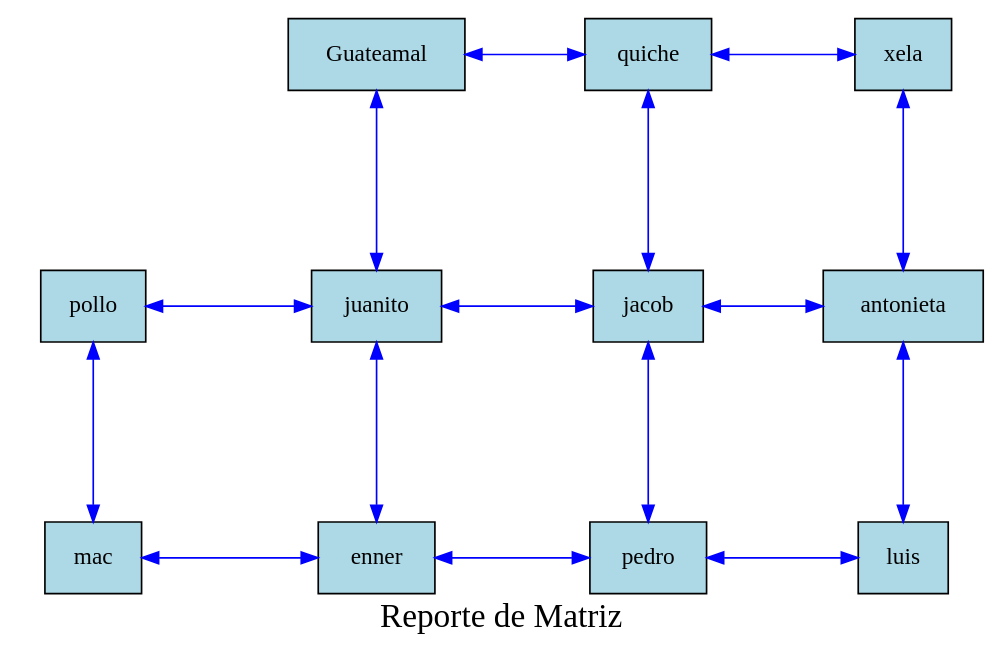
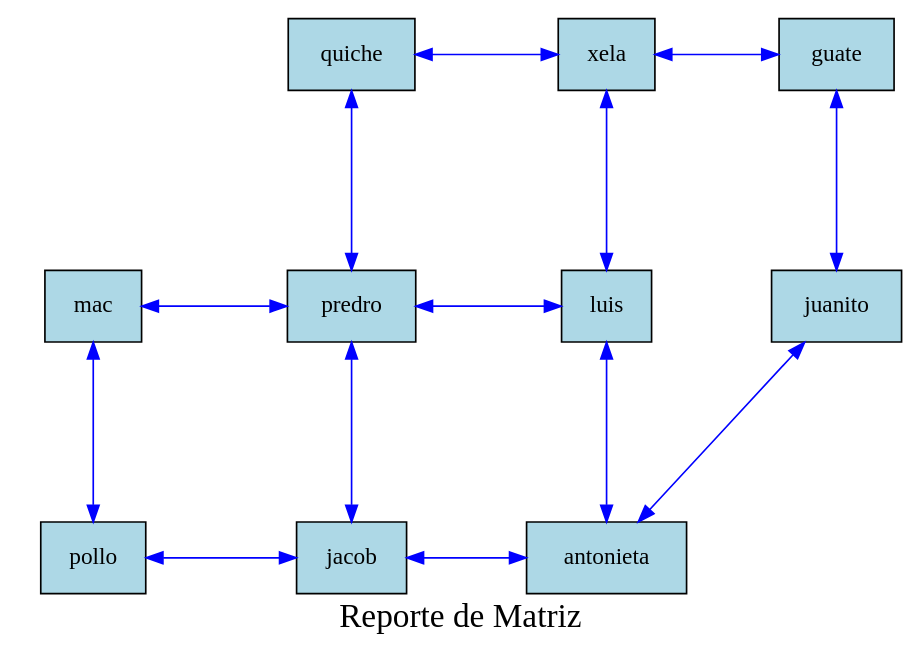
One commit to Ennero/EDD_Proyecto1_Vacas2_202302220 changed the diagram in Proyecto1/cmake-build-debug/reporteMatriz.dot. Above: the diagram before and after it, drawn with Graphviz. The commit also changed 127 other files, not shown here.

```diff
--- a/Proyecto1/cmake-build-debug/reporteMatriz.dot
+++ b/Proyecto1/cmake-build-debug/reporteMatriz.dot
@@ -1,35 +1,32 @@
 digraph G {
  rankdir=TB;
  node [shape=box, style=filled, fillcolor=lightblue, margin=0.2];
 edge [style=solid, color=blue];
  graph [ranksep=1.5, nodesep=1];
 graph [label="Reporte de Matriz", fontsize=20, fontcolor=black];
     invisible_[label="invisible"style=invis];
-    invisible_-> nodo_14180528 [style=invis];
-    nodo_14180528 [label="pollo"style=filled, fillcolor=lightblue];
-    nodo_14180528 -> nodo_14181584 [dir=both];
-    nodo_14180528 -> nodo_15809680 [dir=both,constraint=false];
-    nodo_14181584 [label="mac"style=filled, fillcolor=lightblue];
-    nodo_14181584 -> nodo_14182992 [dir=both,constraint=false];
-    nodo_15814176 [label="Guateamal"style=filled, fillcolor=lightblue];
-    nodo_15814176 -> nodo_15809680 [dir=both];
-    nodo_15814176 -> nodo_14181232 [dir=both,constraint=false];
-    nodo_15809680 [label="juanito"style=filled, fillcolor=lightblue];
-    nodo_15809680 -> nodo_14182992 [dir=both];
-    nodo_15809680 -> nodo_14182640 [dir=both,constraint=false];
-    nodo_14182992 [label="enner"style=filled, fillcolor=lightblue];
-    nodo_14182992 -> nodo_14180880 [dir=both,constraint=false];
-    nodo_14181232 [label="quiche"style=filled, fillcolor=lightblue];
-    nodo_14181232 -> nodo_14182640 [dir=both];
-    nodo_14181232 -> nodo_14182288 [dir=both,constraint=false];
-    nodo_14182640 [label="jacob"style=filled, fillcolor=lightblue];
-    nodo_14182640 -> nodo_14180880 [dir=both];
-    nodo_14182640 -> nodo_14183344 [dir=both,constraint=false];
-    nodo_14180880 [label="pedro"style=filled, fillcolor=lightblue];
-    nodo_14180880 -> nodo_14181936 [dir=both,constraint=false];
-    nodo_14182288 [label="xela"style=filled, fillcolor=lightblue];
-    nodo_14182288 -> nodo_14183344 [dir=both];
-    nodo_14183344 [label="antonieta"style=filled, fillcolor=lightblue];
-    nodo_14183344 -> nodo_14181936 [dir=both];
-    nodo_14181936 [label="luis"style=filled, fillcolor=lightblue];
+    invisible_-> nodo_1745279803488 [style=invis];
+    nodo_1745279803488 [label="mac"style=filled, fillcolor=lightblue];
+    nodo_1745279803488 -> nodo_1745279804496 [dir=both];
+    nodo_1745279803488 -> nodo_1745279785840 [dir=both,constraint=false];
+    nodo_1745279804496 [label="pollo"style=filled, fillcolor=lightblue];
+    nodo_1745279804496 -> nodo_1745279804784 [dir=both,constraint=false];
+    nodo_1745279803200 [label="quiche"style=filled, fillcolor=lightblue];
+    nodo_1745279803200 -> nodo_1745279785840 [dir=both];
+    nodo_1745279803200 -> nodo_1745279804208 [dir=both,constraint=false];
+    nodo_1745279785840 [label="predro"style=filled, fillcolor=lightblue];
+    nodo_1745279785840 -> nodo_1745279804784 [dir=both];
+    nodo_1745279785840 -> nodo_1745279805824 [dir=both,constraint=false];
+    nodo_1745279804784 [label="jacob"style=filled, fillcolor=lightblue];
+    nodo_1745279804784 -> nodo_1745279803824 [dir=both,constraint=false];
+    nodo_1745279804208 [label="xela"style=filled, fillcolor=lightblue];
+    nodo_1745279804208 -> nodo_1745279805824 [dir=both];
+    nodo_1745279804208 -> nodo_1745279806400 [dir=both,constraint=false];
+    nodo_1745279805824 [label="luis"style=filled, fillcolor=lightblue];
+    nodo_1745279805824 -> nodo_1745279803824 [dir=both];
+    nodo_1745279803824 [label="antonieta"style=filled, fillcolor=lightblue];
+    nodo_1745279803824 -> nodo_1745279806112 [dir=both,constraint=false];
+    nodo_1745279806400 [label="guate"style=filled, fillcolor=lightblue];
+    nodo_1745279806400 -> nodo_1745279806112 [dir=both];
+    nodo_1745279806112 [label="juanito"style=filled, fillcolor=lightblue];
 }
```
